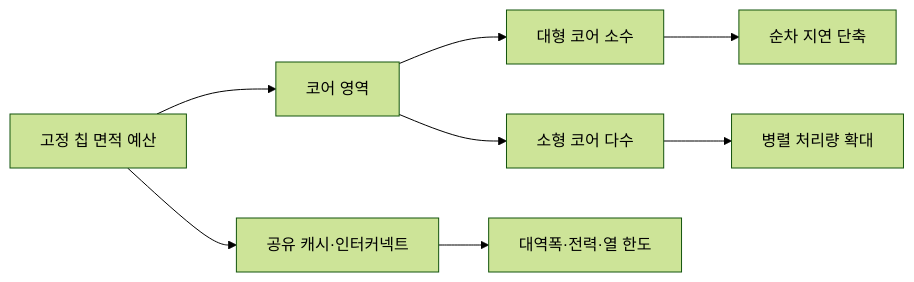
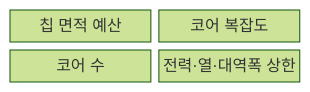
One commit to agnusdei1207/knowledge-base changed the second of 3 diagrams in src/content/docs/notes/02-hardware/011_pollacks_rule.md. Above: the diagram before and after it, drawn with Mermaid (forest theme). The commit also changed other lines of this file and 20 other files, not shown here.

````diff
--- a/src/content/docs/notes/02-hardware/011_pollacks_rule.md
+++ b/src/content/docs/notes/02-hardware/011_pollacks_rule.md
@@ -81,10 +79,8 @@
 ```mermaid
-flowchart LR
-    A["고정 칩 면적 예산"] --> C["코어 영역"]
-    A --> S["공유 캐시·인터커넥트"]
-    C --> B["대형 코어 소수"]
-    C --> M["소형 코어 다수"]
-    B --> R["순차 지연 단축"]
-    M --> T["병렬 처리량 확대"]
-    S --> L["대역폭·전력·열 한도"]
+block
+    columns 2
+    A["칩 면적 예산"]
+    C["코어 복잡도"]
+    N["코어 수"]
+    L["전력·열·대역폭 상한"]
 ```
````
